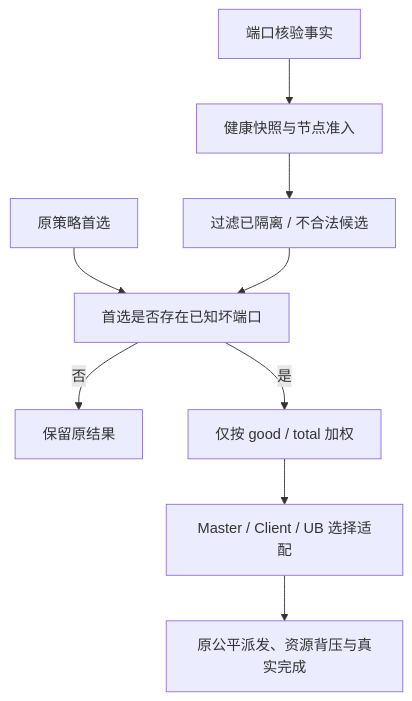
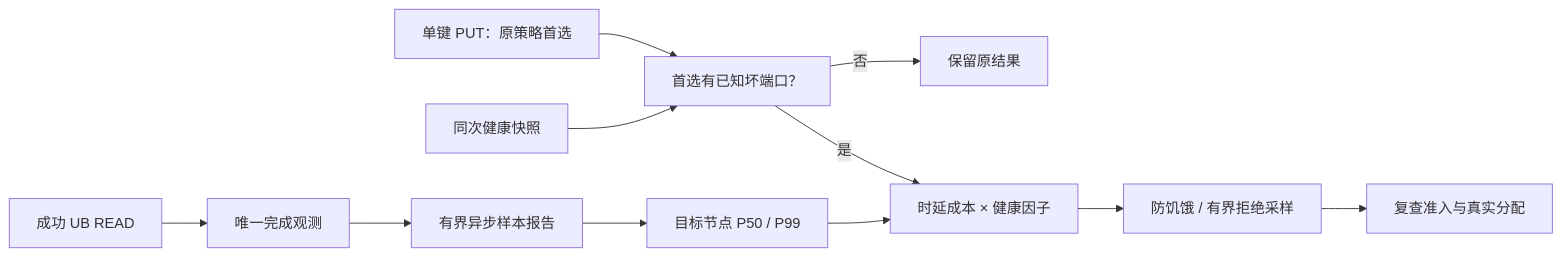
One commit to HangCong126/Supercache changed the diagram in docs/analyze/ub_load_scheduling_design.md. Above: the diagram before and after it, drawn with Mermaid. The commit also changed other lines of this file, not shown here.

````diff
--- a/docs/analyze/ub_load_scheduling_design.md
+++ b/docs/analyze/ub_load_scheduling_design.md
@@ -45,11 +52,13 @@
 ```mermaid
-flowchart TD
-    Facts["端口核验事实"] --> Registry["健康快照与节点准入"]
-    Registry --> Gate["过滤已隔离 / 不合法候选"]
-    Original["原策略首选"] --> Trigger["首选是否存在已知坏端口"]
-    Gate --> Trigger
-    Trigger -->|否| Keep["保留原结果"]
-    Trigger -->|是| Weight["仅按 good / total 加权"]
-    Weight --> Placement["Master / Client / UB 选择适配"]
-    Placement --> Execution["原公平派发、资源背压与真实完成"]
+flowchart LR
+    Read["成功 UB READ"] --> Observe["唯一完成观测"]
+    Observe --> Report["有界异步样本报告"]
+    Report --> Tracker["目标节点 P50 / P99"]
+    Put["单键 PUT：原策略首选"] --> Trigger["首选有已知坏端口？"]
+    Health["同次健康快照"] --> Trigger
+    Trigger -->|否| Original["保留原结果"]
+    Trigger -->|是| Policy["时延成本 × 健康因子"]
+    Tracker --> Policy
+    Policy --> Draw["防饥饿 / 有界拒绝采样"]
+    Draw --> Allocate["复查准入与真实分配"]
 ```
````
